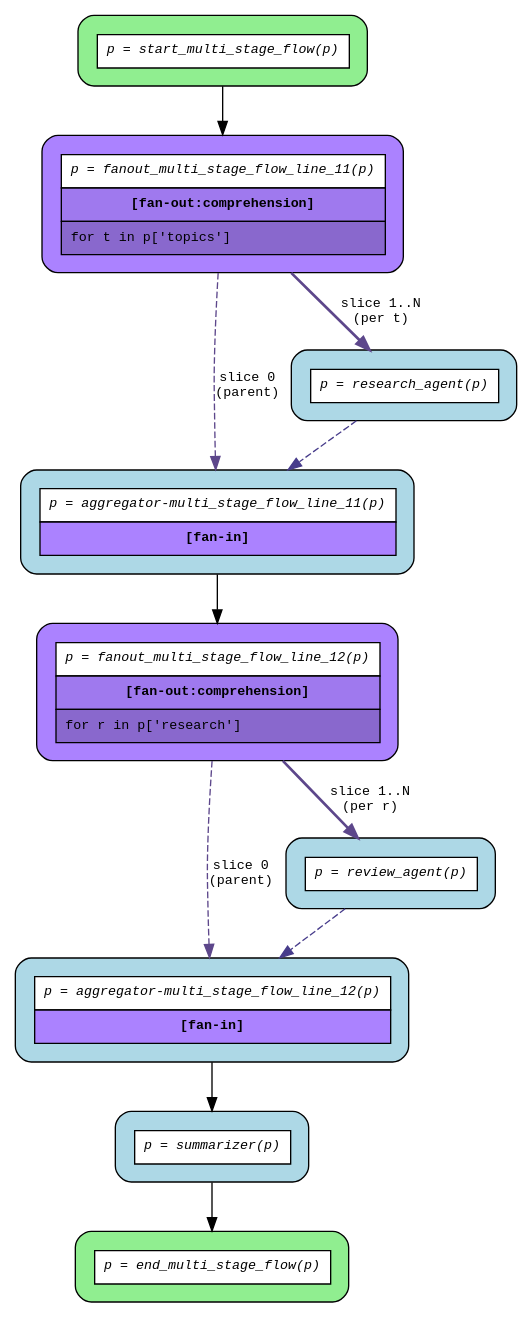
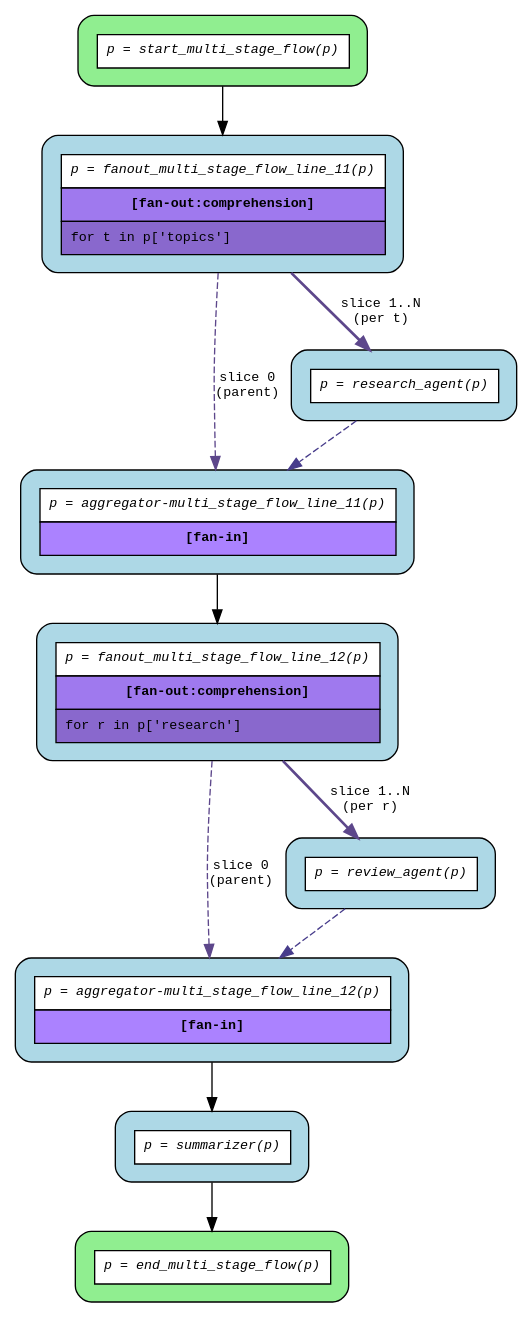
The diagram in examples/flows/compiled/fanout_sequential/flow.dot (deliveryhero/asya), drawn with Graphviz before and after one commit. The commit also changed 12 other files, not shown here.

Commit message:
Blue router color for fan-out routers

```diff
--- a/examples/flows/compiled/fanout_sequential/flow.dot
+++ b/examples/flows/compiled/fanout_sequential/flow.dot
@@ -1,27 +1,27 @@
 digraph flow {
   rankdir=TB;
   graph [fontname="Courier", fontsize=10];
   node [fontname="Courier", fontsize=10, shape=box, style="filled,rounded", margin="0.2"];
   edge [fontname="Courier", fontsize=10];
 
   start_multi_stage_flow [fillcolor="lightgreen", label=<<table border="0" cellspacing="0" cellpadding="6" cellborder="1"><tr><td bgcolor="white" align="center"><i>p = start_multi_stage_flow(p)</i></td></tr></table>>];
-  fanout_multi_stage_flow_line_12 [fillcolor="mediumpurple1", label=<<table border="0" cellspacing="0" cellpadding="6" cellborder="1"><tr><td bgcolor="white" align="center"><i>p = fanout_multi_stage_flow_line_12(p)</i></td></tr><tr><td bgcolor="mediumpurple2" align="center"><b>[fan-out:comprehension]</b></td></tr><tr><td bgcolor="mediumpurple3" align="left">for r in p['research']</td></tr></table>>];
-  fanout_multi_stage_flow_line_11 [fillcolor="mediumpurple1", label=<<table border="0" cellspacing="0" cellpadding="6" cellborder="1"><tr><td bgcolor="white" align="center"><i>p = fanout_multi_stage_flow_line_11(p)</i></td></tr><tr><td bgcolor="mediumpurple2" align="center"><b>[fan-out:comprehension]</b></td></tr><tr><td bgcolor="mediumpurple3" align="left">for t in p['topics']</td></tr></table>>];
+  fanout_multi_stage_flow_line_12 [fillcolor="lightblue", label=<<table border="0" cellspacing="0" cellpadding="6" cellborder="1"><tr><td bgcolor="white" align="center"><i>p = fanout_multi_stage_flow_line_12(p)</i></td></tr><tr><td bgcolor="mediumpurple2" align="center"><b>[fan-out:comprehension]</b></td></tr><tr><td bgcolor="mediumpurple3" align="left">for r in p['research']</td></tr></table>>];
+  fanout_multi_stage_flow_line_11 [fillcolor="lightblue", label=<<table border="0" cellspacing="0" cellpadding="6" cellborder="1"><tr><td bgcolor="white" align="center"><i>p = fanout_multi_stage_flow_line_11(p)</i></td></tr><tr><td bgcolor="mediumpurple2" align="center"><b>[fan-out:comprehension]</b></td></tr><tr><td bgcolor="mediumpurple3" align="left">for t in p['topics']</td></tr></table>>];
   end_multi_stage_flow [fillcolor="lightgreen", label=<<table border="0" cellspacing="0" cellpadding="6" cellborder="1"><tr><td bgcolor="white" align="center"><i>p = end_multi_stage_flow(p)</i></td></tr></table>>];
   aggregator_multi_stage_flow_line_11 [fillcolor="lightblue", label=<<table border="0" cellspacing="0" cellpadding="6" cellborder="1"><tr><td bgcolor="white" align="center"><i>p = aggregator-multi_stage_flow_line_11(p)</i></td></tr><tr><td bgcolor="mediumpurple1" align="center"><b>[fan-in]</b></td></tr></table>>];
   aggregator_multi_stage_flow_line_12 [fillcolor="lightblue", label=<<table border="0" cellspacing="0" cellpadding="6" cellborder="1"><tr><td bgcolor="white" align="center"><i>p = aggregator-multi_stage_flow_line_12(p)</i></td></tr><tr><td bgcolor="mediumpurple1" align="center"><b>[fan-in]</b></td></tr></table>>];
   research_agent [fillcolor="lightblue", label=<<table border="0" cellspacing="0" cellpadding="6" cellborder="1"><tr><td bgcolor="white" align="center"><i>p = research_agent(p)</i></td></tr></table>>];
   review_agent [fillcolor="lightblue", label=<<table border="0" cellspacing="0" cellpadding="6" cellborder="1"><tr><td bgcolor="white" align="center"><i>p = review_agent(p)</i></td></tr></table>>];
   summarizer [fillcolor="lightblue", label=<<table border="0" cellspacing="0" cellpadding="6" cellborder="1"><tr><td bgcolor="white" align="center"><i>p = summarizer(p)</i></td></tr></table>>];
 
   aggregator_multi_stage_flow_line_11 -> fanout_multi_stage_flow_line_12;
   aggregator_multi_stage_flow_line_12 -> summarizer;
   fanout_multi_stage_flow_line_11 -> aggregator_multi_stage_flow_line_11 [color=mediumpurple4, label="slice 0\n(parent)", style=dashed];
   fanout_multi_stage_flow_line_11 -> research_agent [color=mediumpurple4, label="slice 1..N\n(per t)", style=bold];
   fanout_multi_stage_flow_line_12 -> aggregator_multi_stage_flow_line_12 [color=mediumpurple4, label="slice 0\n(parent)", style=dashed];
   fanout_multi_stage_flow_line_12 -> review_agent [color=mediumpurple4, label="slice 1..N\n(per r)", style=bold];
   research_agent -> aggregator_multi_stage_flow_line_11 [color=slateblue4, style=dashed];
   review_agent -> aggregator_multi_stage_flow_line_12 [color=slateblue4, style=dashed];
   start_multi_stage_flow -> fanout_multi_stage_flow_line_11;
   summarizer -> end_multi_stage_flow;
 }
```
